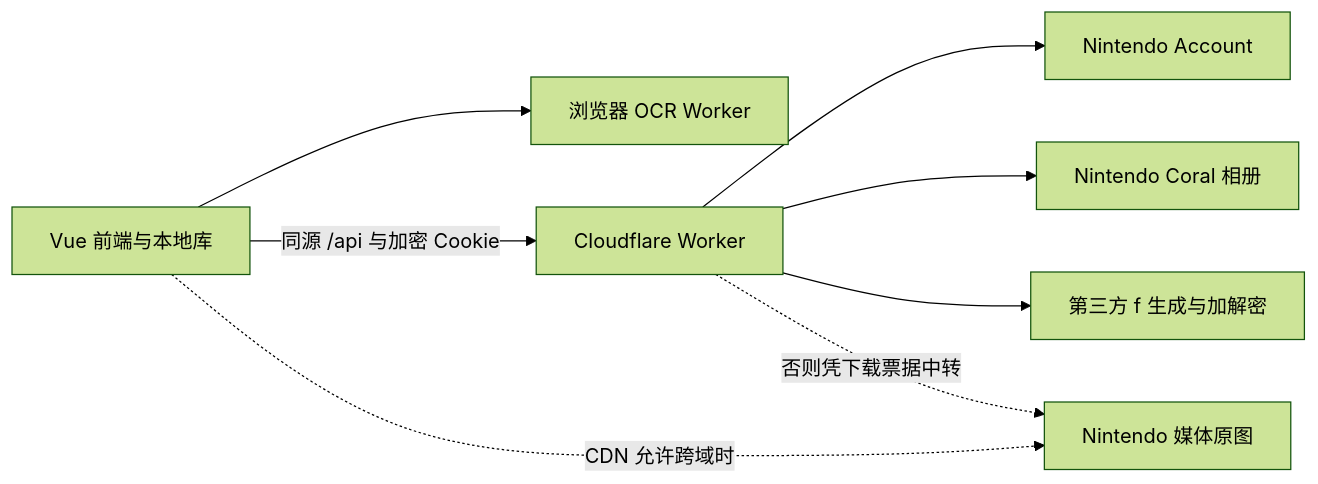
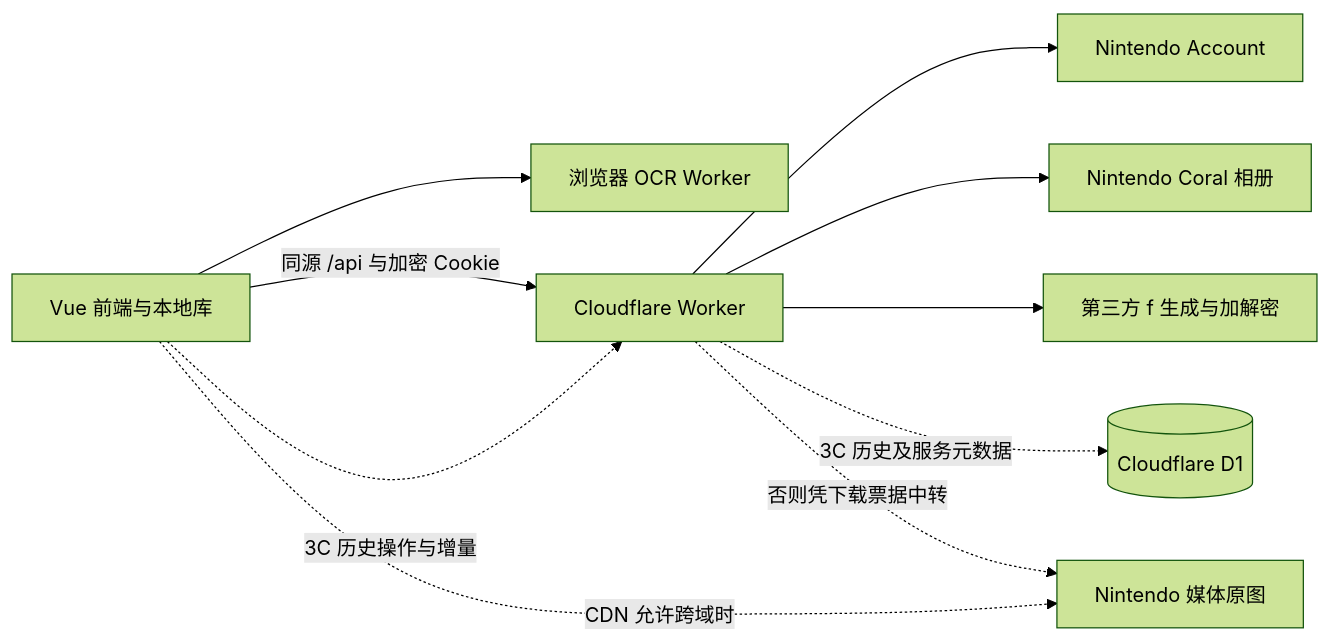
One commit to HimemiyaTori/gcfp-b30 changed the diagram in docs/FP_B30_三期设计文档.md. Above: the diagram before and after it, drawn with Mermaid (forest theme). The commit also changed other lines of this file and 1 other file, not shown here.

````diff
--- a/docs/FP_B30_三期设计文档.md
+++ b/docs/FP_B30_三期设计文档.md
@@ -193,10 +223,12 @@
 ```mermaid
 flowchart LR
     UI[Vue 前端与本地库] --> OCR[浏览器 OCR Worker]
     UI -->|同源 /api 与加密 Cookie| W[Cloudflare Worker]
     W --> NA[Nintendo Account]
     W --> Coral[Nintendo Coral 相册]
     W --> F[第三方 f 生成与加解密]
+    UI -.->|3C 历史操作与增量| W
+    W -.->|3C 历史及服务元数据| D1[(Cloudflare D1)]
     UI -.->|CDN 允许跨域时| CDN[Nintendo 媒体原图]
     W -.->|否则凭下载票据中转| CDN
 ```
````
